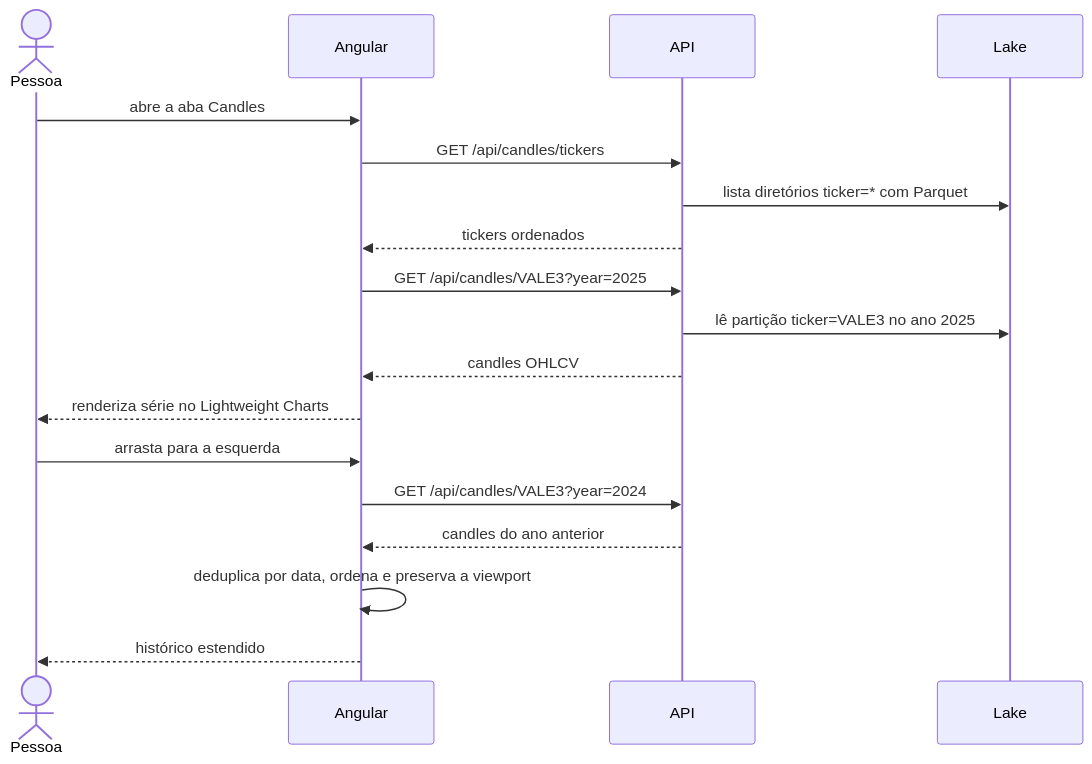
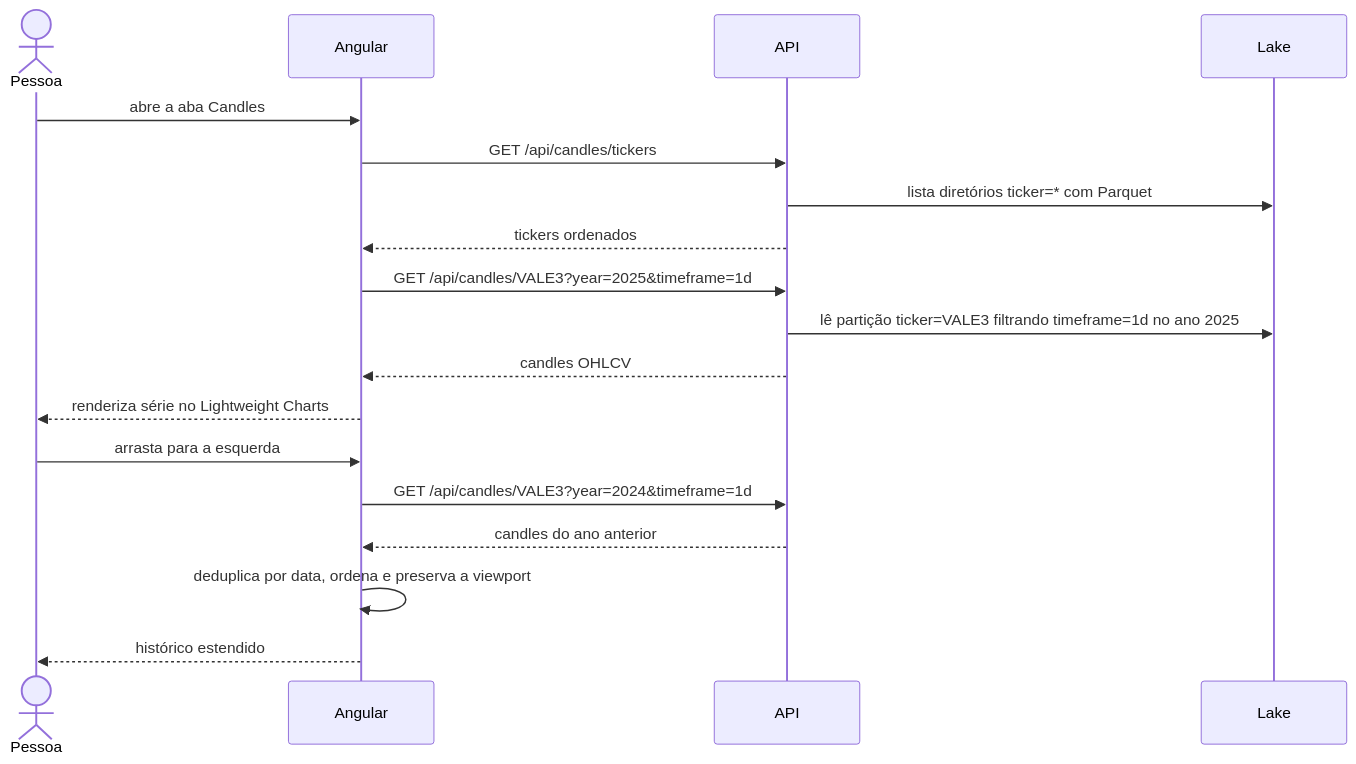
One commit to BiellBatista/Python.DataEngineering changed the fourth of 4 diagrams in B3-Web-App/docs/diagrama-sequencia.md. Above: the diagram before and after it, drawn with Mermaid. The commit also changed 10 other files, not shown here.

First line of the commit message:
feat: filter Gold candles by timeframe and add ticker combobox

````diff
--- a/B3-Web-App/docs/diagrama-sequencia.md
+++ b/B3-Web-App/docs/diagrama-sequencia.md
@@ -74,21 +74,21 @@
 ```mermaid
 sequenceDiagram
     actor Pessoa
     participant Angular
     participant API
     participant Lake
 
     Pessoa->>Angular: abre a aba Candles
     Angular->>API: GET /api/candles/tickers
     API->>Lake: lista diretórios ticker=* com Parquet
     API-->>Angular: tickers ordenados
-    Angular->>API: GET /api/candles/VALE3?year=2025
-    API->>Lake: lê partição ticker=VALE3 no ano 2025
+    Angular->>API: GET /api/candles/VALE3?year=2025&timeframe=1d
+    API->>Lake: lê partição ticker=VALE3 filtrando timeframe=1d no ano 2025
     API-->>Angular: candles OHLCV
     Angular-->>Pessoa: renderiza série no Lightweight Charts
     Pessoa->>Angular: arrasta para a esquerda
-    Angular->>API: GET /api/candles/VALE3?year=2024
+    Angular->>API: GET /api/candles/VALE3?year=2024&timeframe=1d
     API-->>Angular: candles do ano anterior
     Angular->>Angular: deduplica por data, ordena e preserva a viewport
     Angular-->>Pessoa: histórico estendido
 ```
````
